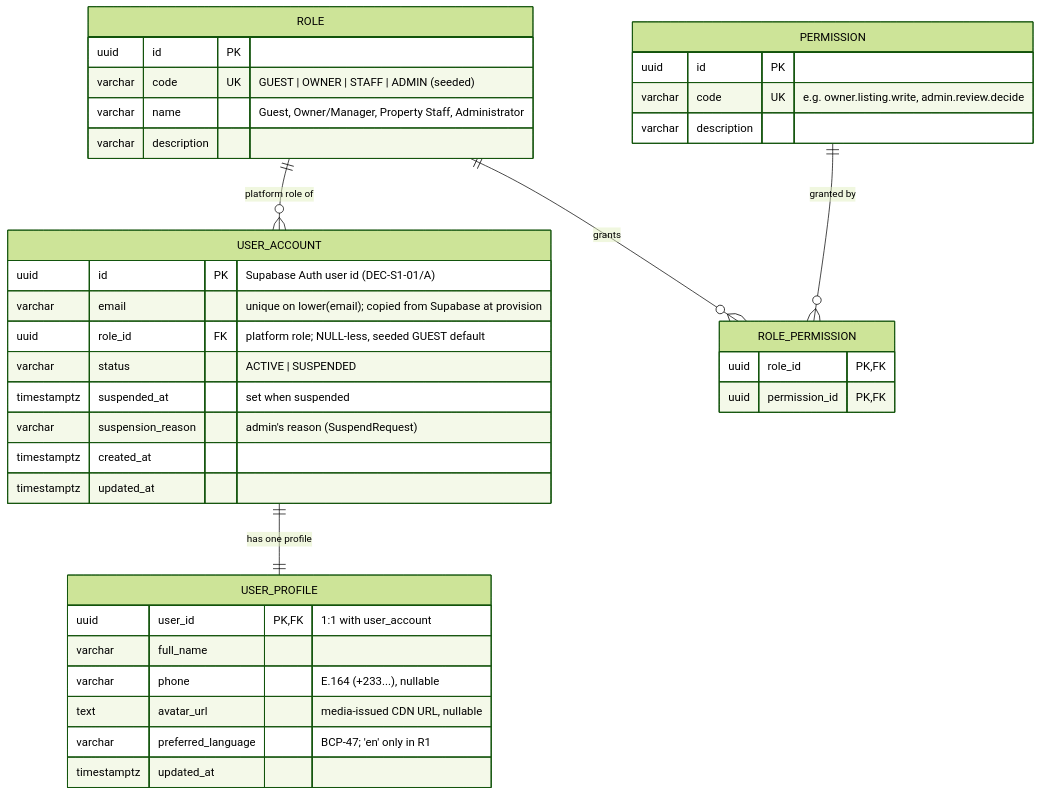
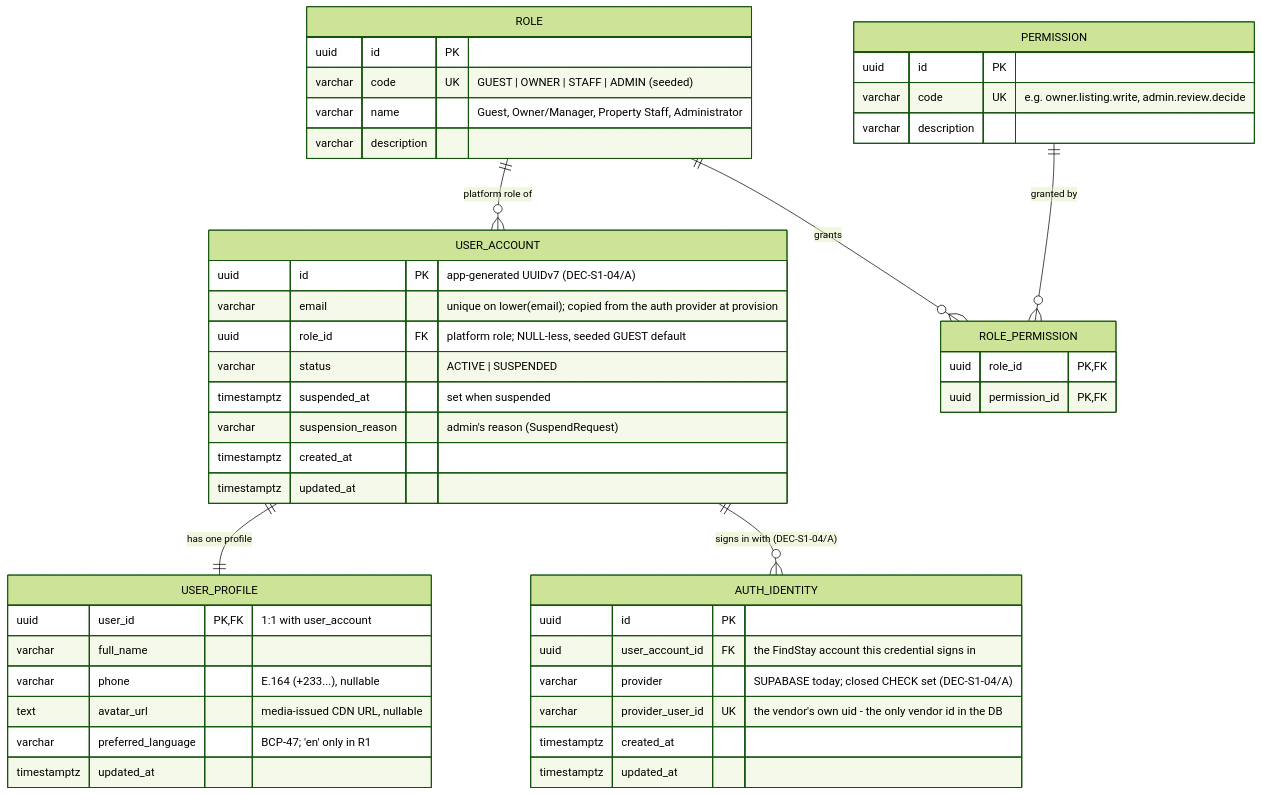
One commit to ObboyeBossman/findstay changed the second of 9 diagrams in docs/design/erd.md. Above: the diagram before and after it, drawn with Mermaid (forest theme). The commit also changed other lines of this file and 5 other files, not shown here.

First line of the commit message:
feat(db): the vendor id boundary — identity.auth_identity (DEC-S1-04/A)

````diff
--- a/docs/design/erd.md
+++ b/docs/design/erd.md
@@ -92,40 +92,49 @@
 ```mermaid
 erDiagram
     USER_ACCOUNT {
-        uuid id PK "Supabase Auth user id (DEC-S1-01/A)"
-        varchar email "unique on lower(email); copied from Supabase at provision"
+        uuid id PK "app-generated UUIDv7 (DEC-S1-04/A)"
+        varchar email "unique on lower(email); copied from the auth provider at provision"
         uuid role_id FK "platform role; NULL-less, seeded GUEST default"
         varchar status "ACTIVE | SUSPENDED"
         timestamptz suspended_at "set when suspended"
         varchar suspension_reason "admin's reason (SuspendRequest)"
         timestamptz created_at
         timestamptz updated_at
     }
     USER_PROFILE {
         uuid user_id PK, FK "1:1 with user_account"
         varchar full_name
         varchar phone "E.164 (+233...), nullable"
         text avatar_url "media-issued CDN URL, nullable"
         varchar preferred_language "BCP-47; 'en' only in R1"
         timestamptz updated_at
     }
     ROLE {
         uuid id PK
         varchar code UK "GUEST | OWNER | STAFF | ADMIN (seeded)"
         varchar name "Guest, Owner/Manager, Property Staff, Administrator"
         varchar description
     }
     PERMISSION {
         uuid id PK
         varchar code UK "e.g. owner.listing.write, admin.review.decide"
         varchar description
     }
     ROLE_PERMISSION {
         uuid role_id PK, FK
         uuid permission_id PK, FK
     }
+    AUTH_IDENTITY {
+        uuid id PK
+        uuid user_account_id FK "the FindStay account this credential signs in"
+        varchar provider "SUPABASE today; closed CHECK set (DEC-S1-04/A)"
+        varchar provider_user_id UK "the vendor's own uid - the only vendor id in the DB"
+        timestamptz created_at
+        timestamptz updated_at
+    }
     USER_ACCOUNT ||--|| USER_PROFILE : "has one profile"
+    USER_ACCOUNT ||--o{ AUTH_IDENTITY : "signs in with (DEC-S1-04/A)"
     ROLE ||--o{ USER_ACCOUNT : "platform role of"
     ROLE ||--o{ ROLE_PERMISSION : "grants"
     PERMISSION ||--o{ ROLE_PERMISSION : "granted by"
 ```
````
